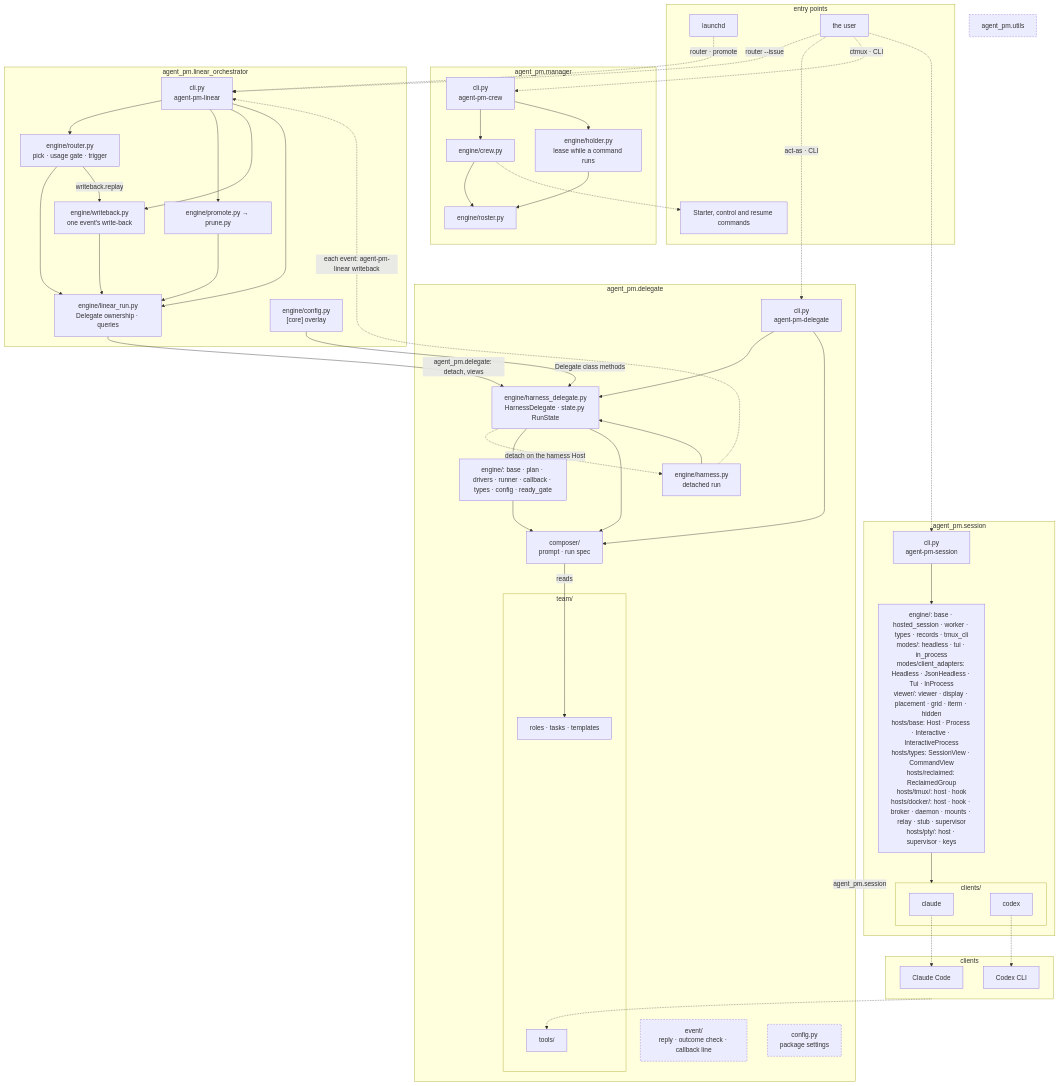
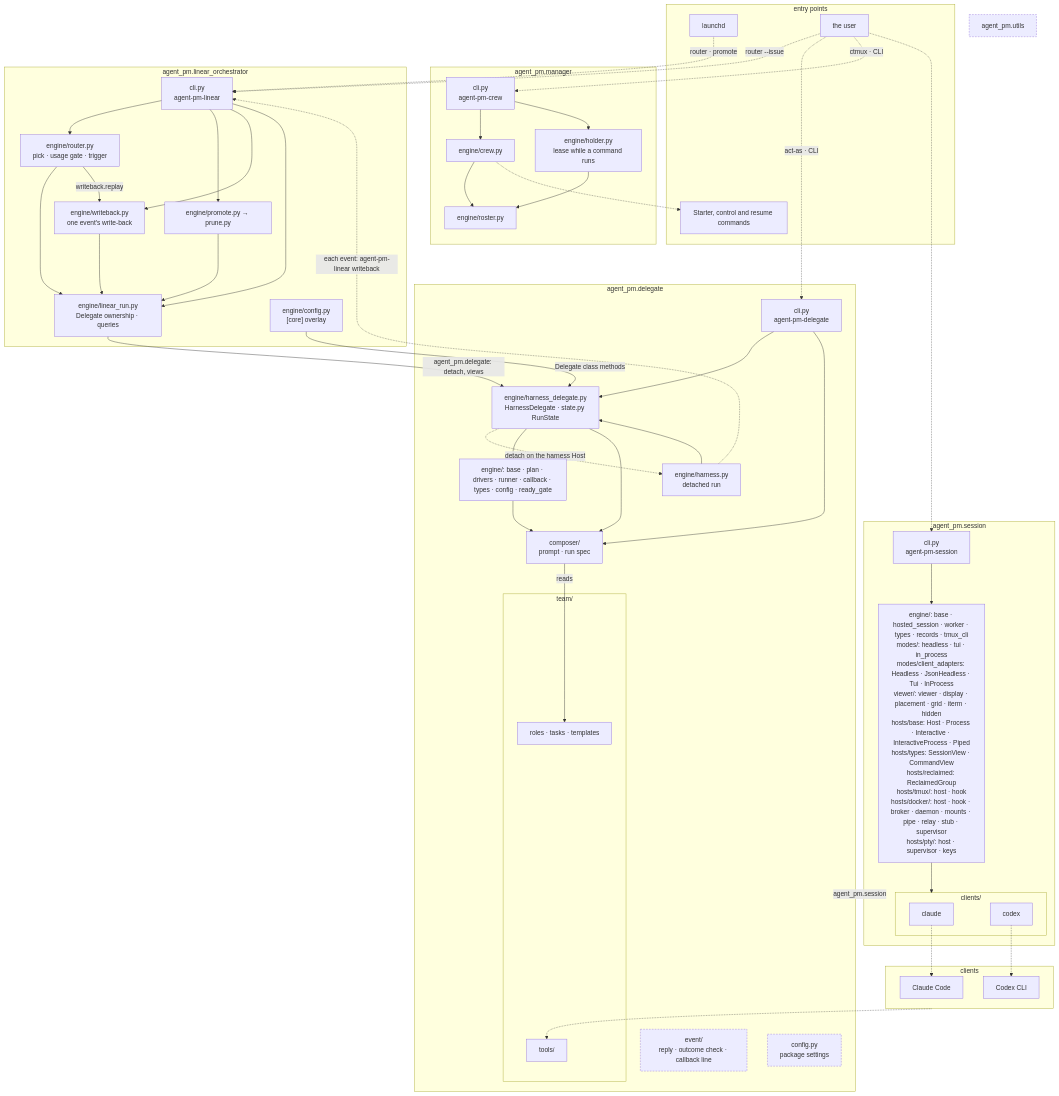
Before and after one commit to ophis/agent-pm: the diagram in docs/architecture.md, drawn with Mermaid. The commit also changed 43 other files, not shown here.

First line of the commit message:
TASK-643: headless session 经 Host 启动 Docker 上的 headless run 跑进容器 (#402)

````diff
--- a/docs/architecture.md
+++ b/docs/architecture.md
@@ -5,72 +5,72 @@
 ```mermaid
 flowchart TB
   subgraph EN[entry points]
     LD[launchd]
     HU[the user]
     CC[Starter, control and resume commands]
   end
   subgraph MG[agent_pm.manager]
     MC["cli.py<br>agent-pm-crew"] --> W["engine/crew.py"] --> RS["engine/roster.py"]
     MC --> HO["engine/holder.py<br>lease while a command runs"] --> RS
   end
   subgraph LO[agent_pm.linear_orchestrator]
     LCLI["cli.py<br>agent-pm-linear"]
     R["engine/router.py<br>pick · usage gate · trigger"]
     LR["engine/linear_run.py<br>Delegate ownership · queries"]
     WB["engine/writeback.py<br>one event's write-back"]
     PP["engine/promote.py → prune.py"]
     LC["engine/config.py<br>[core] overlay"]
   end
   subgraph DL[agent_pm.delegate]
     D["cli.py<br>agent-pm-delegate"]
     HD["engine/harness_delegate.py<br>HarnessDelegate · state.py RunState"]
     H["engine/harness.py<br>detached run"]
     E["engine/: base · plan · drivers · runner · callback · types · config · ready_gate"]
     C["composer/<br>prompt · run spec"]
     EV["event/<br>reply · outcome check · callback line"]
     CF["config.py<br>package settings"]
     subgraph TM[team/]
       T["roles · tasks · templates"]
       AT[tools/]
     end
   end
   subgraph SE[agent_pm.session]
     SC["cli.py<br>agent-pm-session"]
-    DR["engine/: base · hosted_session · worker · types · records · tmux_cli<br>modes/: headless · tui · in_process<br>modes/client_adapters: Headless · JsonHeadless · Tui · InProcess<br>viewer/: viewer · display · placement · grid · iterm · hidden<br>hosts/base: Host · Process · Interactive · InteractiveProcess<br>hosts/types: SessionView · CommandView<br>hosts/reclaimed: ReclaimedGroup<br>hosts/tmux/: host · hook<br>hosts/docker/: host · hook · broker · daemon · mounts · relay · stub · supervisor<br>hosts/pty/: host · supervisor · keys"]
+    DR["engine/: base · hosted_session · worker · types · records · tmux_cli<br>modes/: headless · tui · in_process<br>modes/client_adapters: Headless · JsonHeadless · Tui · InProcess<br>viewer/: viewer · display · placement · grid · iterm · hidden<br>hosts/base: Host · Process · Interactive · InteractiveProcess · Piped<br>hosts/types: SessionView · CommandView<br>hosts/reclaimed: ReclaimedGroup<br>hosts/tmux/: host · hook<br>hosts/docker/: host · hook · broker · daemon · mounts · pipe · relay · stub · supervisor<br>hosts/pty/: host · supervisor · keys"]
     subgraph AD[clients/]
       CL[claude]
       CX[codex]
     end
   end
   U[agent_pm.utils]
   subgraph RT[clients]
     P1[Claude Code]
     P2[Codex CLI]
   end
   LD -.->|"router · promote"| LCLI
   HU -.->|"router --issue"| LCLI
   HU -.->|"act-as · CLI"| D
   HU -.->|"ctmux · CLI"| MC
   HU -.-> SC
   SC --> DR
   LCLI --> R & PP & WB & LR
   R & PP & WB --> LR
   R -->|"writeback.replay"| WB
   LR -->|"agent_pm.delegate: detach, views"| HD
   H -.->|"each event: agent-pm-linear writeback"| LCLI
   LC -->|"Delegate class methods"| HD
   W -.-> CC
   D & H --> HD
   D --> C
   HD -.->|"detach on the harness Host"| H
   HD --> E & C
   E --> C
   DL -->|agent_pm.session| SE
   C -->|reads| T
   DR --> AD
   CL -.-> P1
   CX -.-> P2
   RT -.-> AT
   classDef shared stroke-dasharray: 4 3
   class EV,U,CF shared
 ```
````
